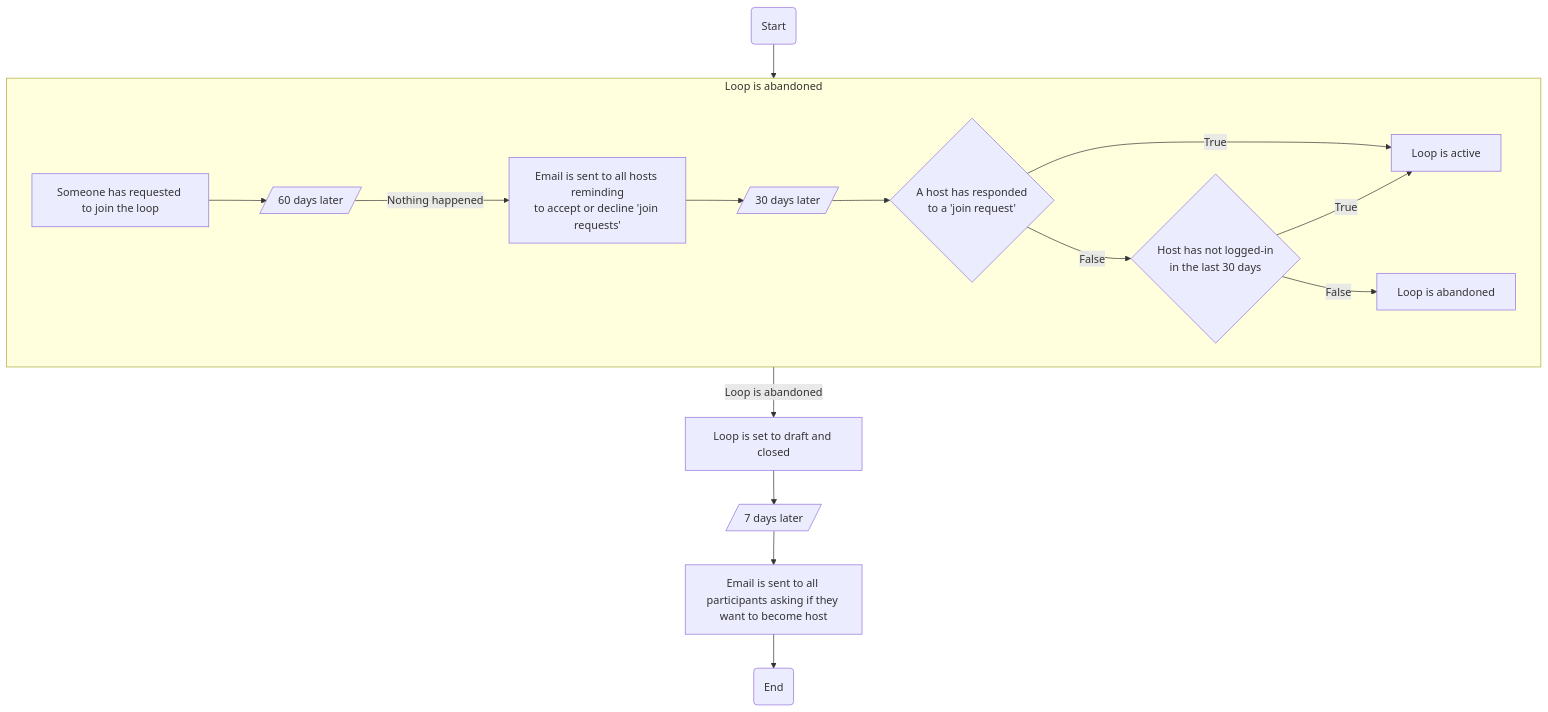
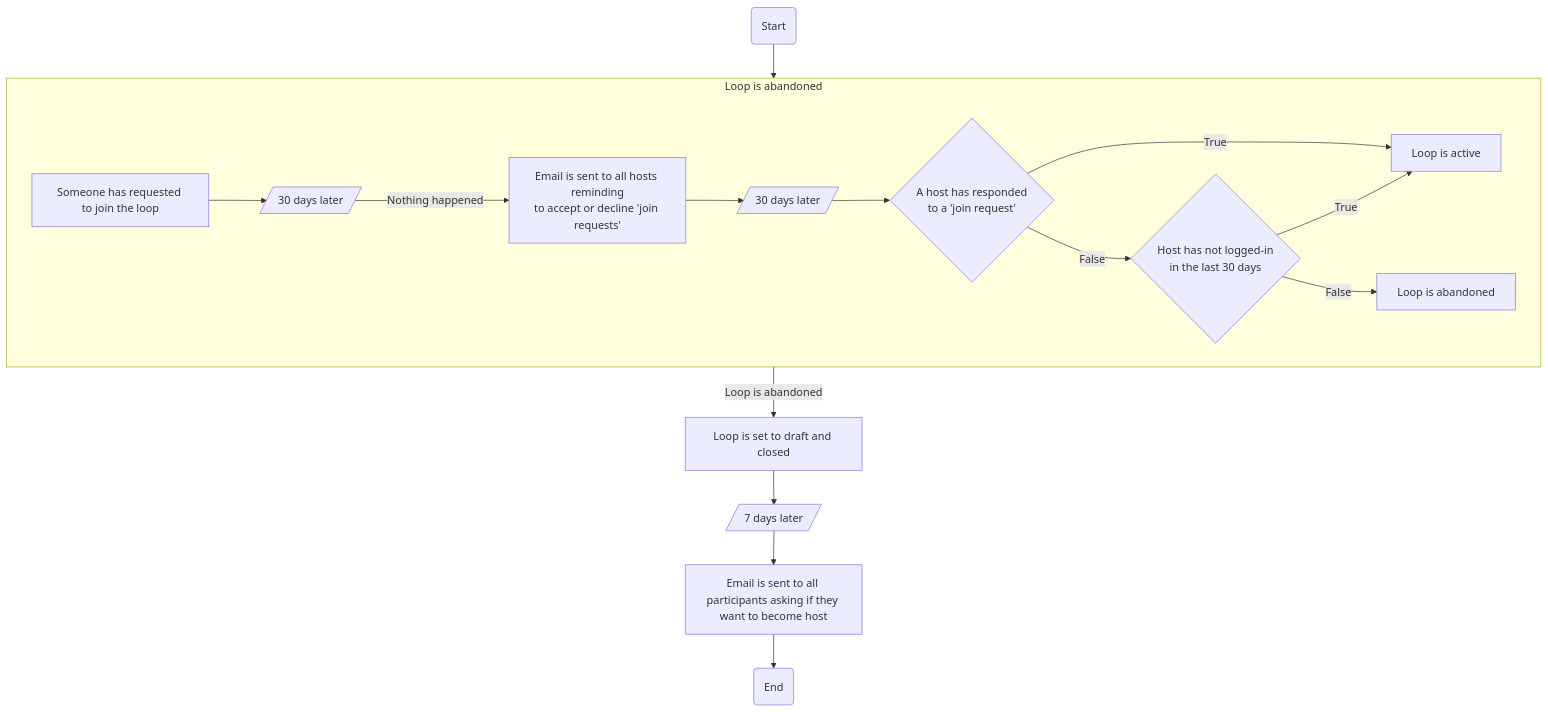
One commit to the-clothing-loop/website changed the second of 4 diagrams in server/docs/email_diagrams.md. Above: the diagram before and after it, drawn with Mermaid. The commit also changed 14 other files, not shown here.

````diff
--- a/server/docs/email_diagrams.md
+++ b/server/docs/email_diagrams.md
@@ -27,19 +27,19 @@
 ```mermaid
 
 flowchart TD
    subgraph SB1[Loop is abandoned]
-      SA[Someone has requested to join the loop] --> SB[/60 days later/]
+      SA[Someone has requested to join the loop] --> SB[/30 days later/]
       SB --> |Nothing happened| SC[Email is sent to all hosts reminding\nto accept or decline 'join requests']
       SC --> SD[/30 days later/]
       SD --> SE{A host has responded\nto a 'join request'}
       SE --> |True| S0[Loop is active]
       SE --> |False| SF{Host has not logged-in\nin the last 30 days}
       SF --> |True| S0
       SF --> |False| S1[Loop is abandoned]
    end
    Start(Start) --> SB1
    SB1 --> |Loop is abandoned| A[Loop is set to draft and closed]
    A --> B[/7 days later/]
    B --> C[Email is sent to all participants asking if they want to become host]
    C --> End(End)
 ```
````
